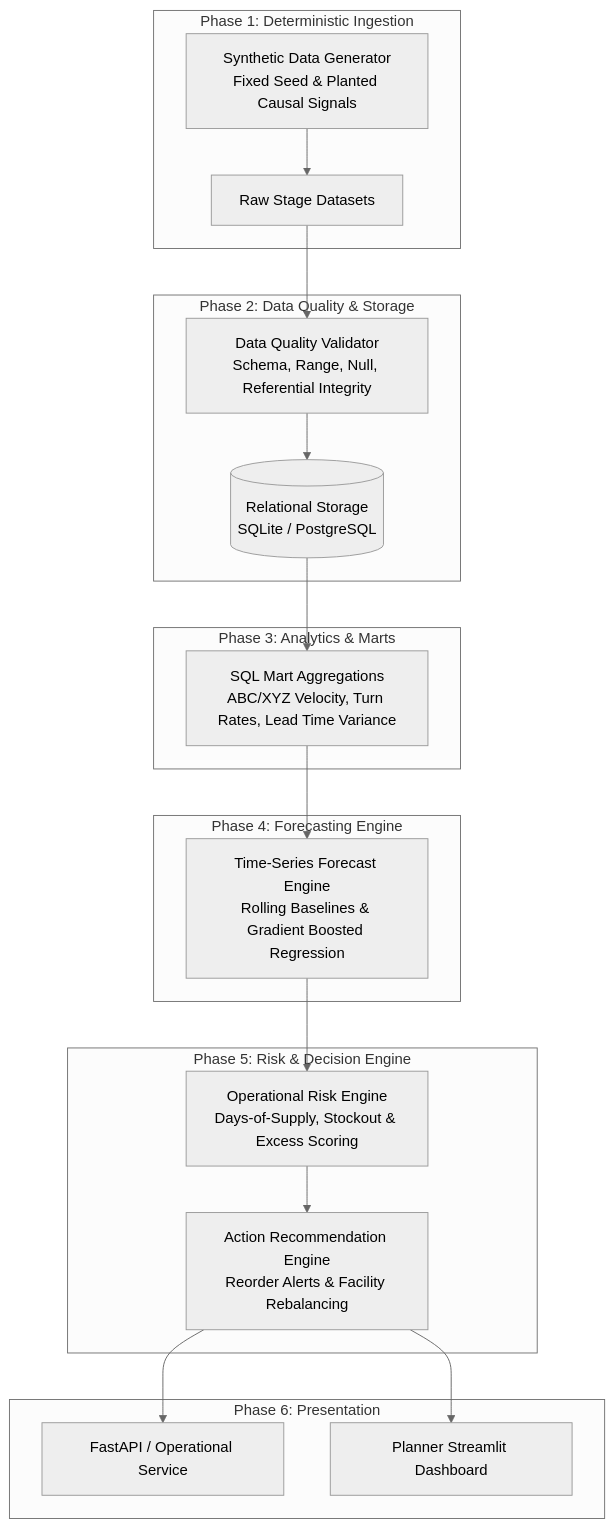
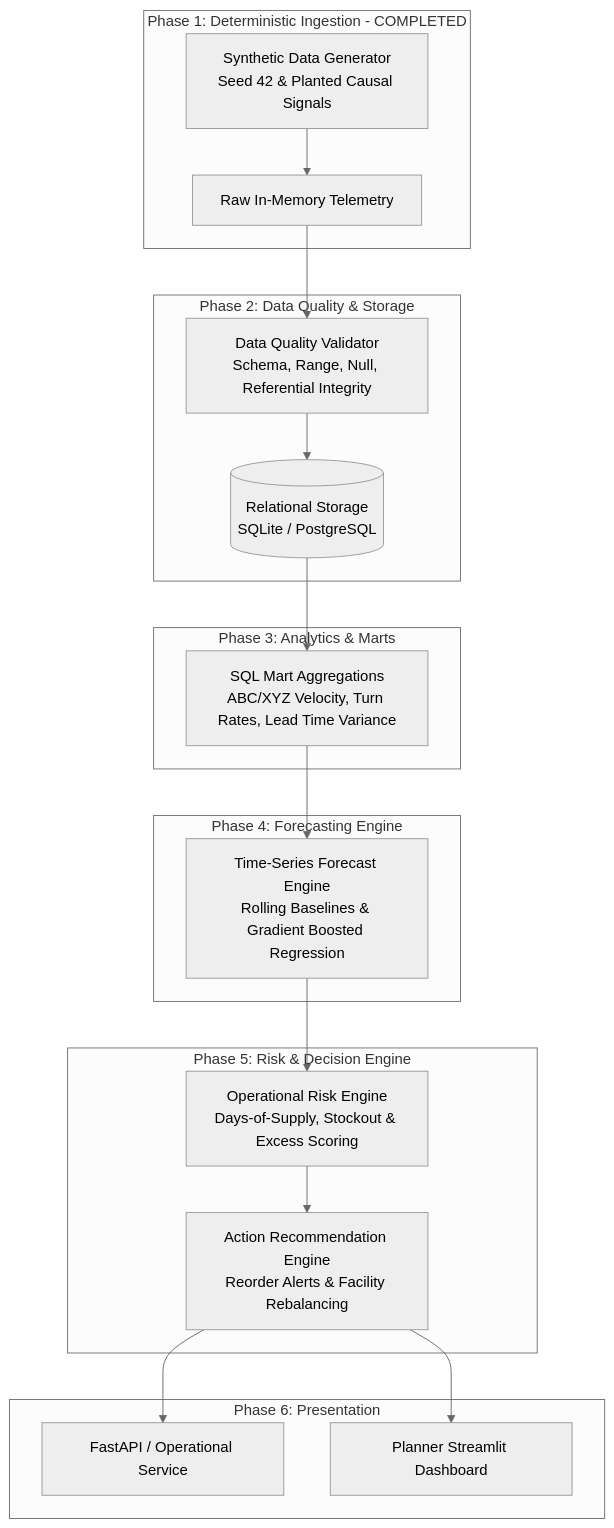
Before and after one commit to rishav579/Real-Time-Demand-Risk-Intelligence-Engine: the first of 2 diagrams in docs/ARCHITECTURE.md, drawn with Mermaid (neutral theme). The commit also changed other lines of this file and 7 other files, not shown here.

Commit message:
feat: build deterministic enterprise data generator

````diff
--- a/docs/ARCHITECTURE.md
+++ b/docs/ARCHITECTURE.md
@@ -15,29 +15,29 @@
 ```mermaid
 flowchart TD
-    subgraph S1 [Phase 1: Deterministic Ingestion]
-        G[Synthetic Data Generator<br/>Fixed Seed & Planted Causal Signals] --> CSV[Raw Stage Datasets]
+    subgraph S1 [Phase 1: Deterministic Ingestion - COMPLETED]
+        G[Synthetic Data Generator<br/>Seed 42 & Planted Causal Signals] --> CSV[Raw In-Memory Telemetry]
     end
 
     subgraph S2 [Phase 2: Data Quality & Storage]
         CSV --> DQ[Data Quality Validator<br/>Schema, Range, Null, Referential Integrity]
         DQ --> DB[(Relational Storage<br/>SQLite / PostgreSQL)]
     end
 
     subgraph S3 [Phase 3: Analytics & Marts]
         DB --> SQL[SQL Mart Aggregations<br/>ABC/XYZ Velocity, Turn Rates, Lead Time Variance]
     end
 
     subgraph S4 [Phase 4: Forecasting Engine]
         SQL --> FC[Time-Series Forecast Engine<br/>Rolling Baselines & Gradient Boosted Regression]
     end
 
     subgraph S5 [Phase 5: Risk & Decision Engine]
         FC --> RE[Operational Risk Engine<br/>Days-of-Supply, Stockout & Excess Scoring]
         RE --> REC[Action Recommendation Engine<br/>Reorder Alerts & Facility Rebalancing]
     end
 
     subgraph S6 [Phase 6: Presentation]
         REC --> API[FastAPI / Operational Service]
         REC --> UI[Planner Streamlit Dashboard]
     end
 ```
````
